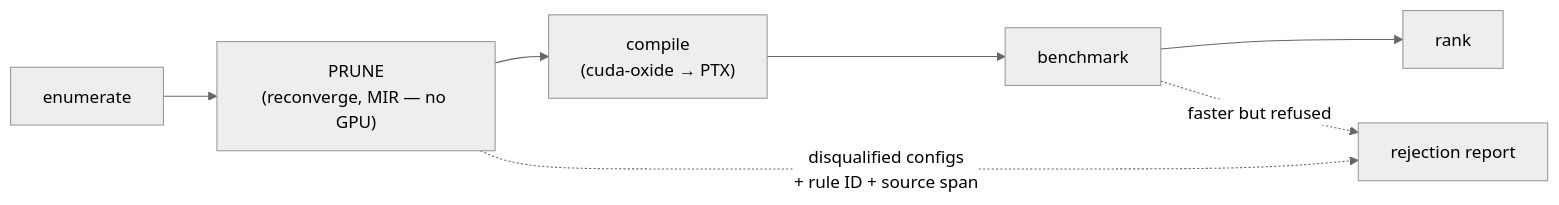
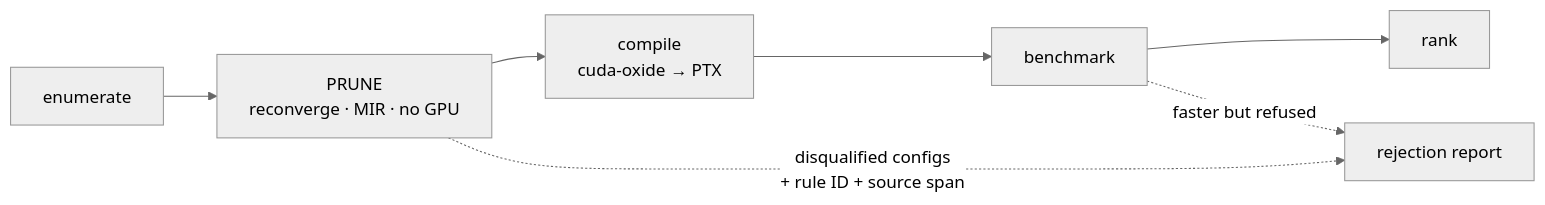
Before and after one commit to vyncint/launchbound: the diagram in README.md, drawn with Mermaid (neutral theme). The commit also changed other lines of this file and 8 other files, not shown here.

````diff
--- a/README.md
+++ b/README.md
@@ -87,9 +87,9 @@
 ```mermaid
 flowchart LR
-    A[enumerate] --> B["PRUNE\n(reconverge, MIR — no GPU)"]
-    B --> C["compile\n(cuda-oxide → PTX)"]
+    A[enumerate] --> B["PRUNE<br/>reconverge · MIR · no GPU"]
+    B --> C["compile<br/>cuda-oxide → PTX"]
     C --> D[benchmark]
     D --> E[rank]
-    B -. "disqualified configs\n+ rule ID + source span" .-> F[rejection report]
+    B -. "disqualified configs<br/>+ rule ID + source span" .-> F[rejection report]
     D -. "faster but refused" .-> F
 ```
````
